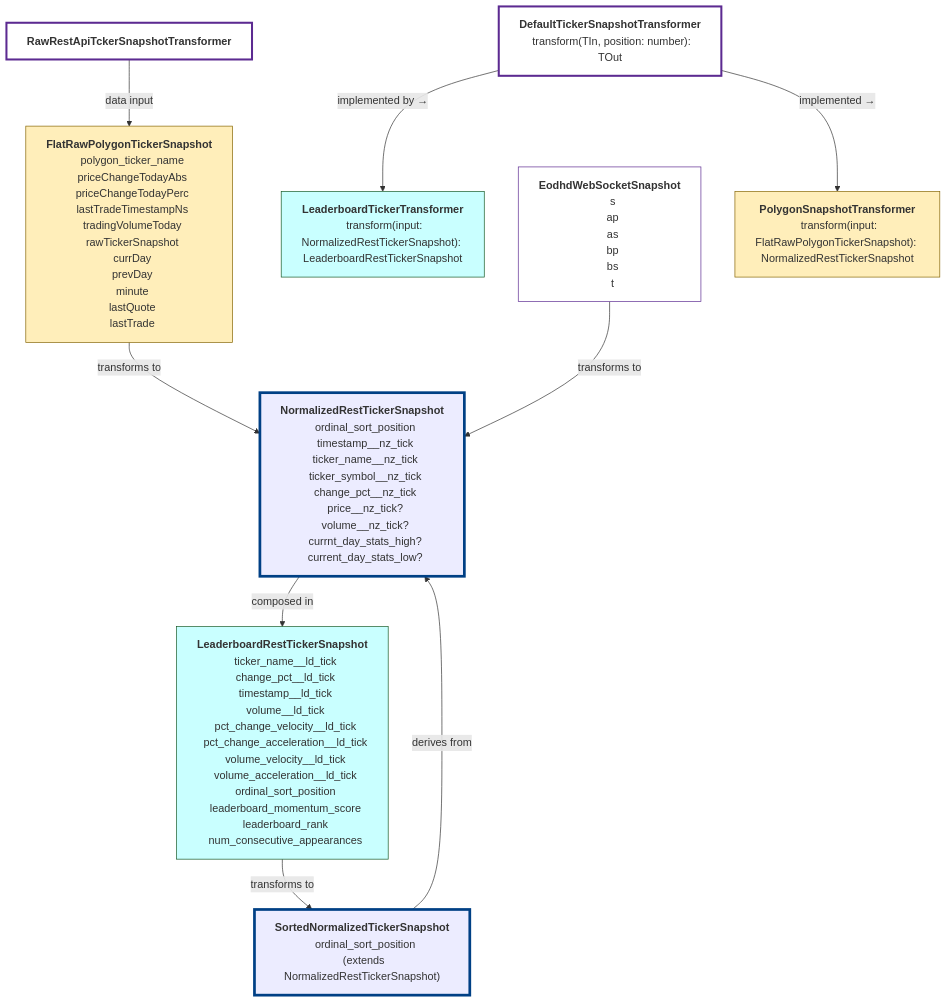
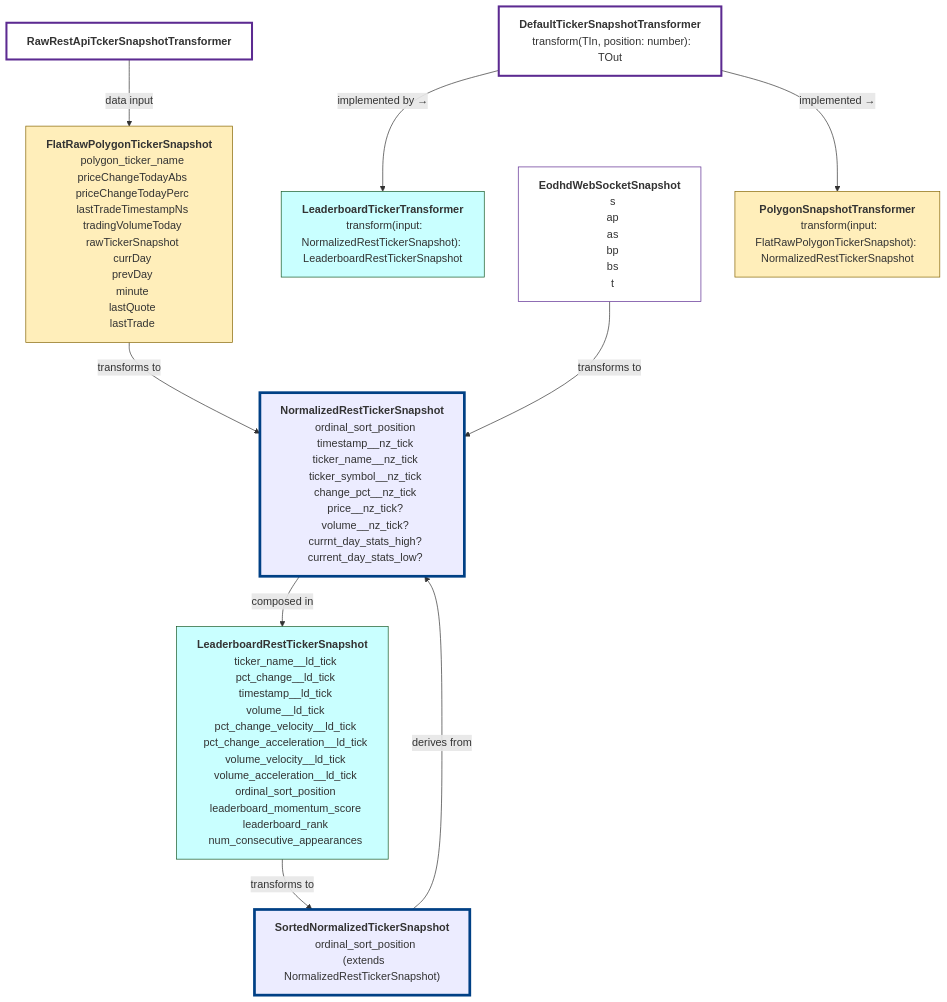
One commit to monolithgoon/momentum-trend-notification-bot changed the diagram in src/docs/diagrams/rest-ticker-model.graph.mmd. Above: the diagram before and after it, drawn with Mermaid. The commit also changed 104 other files, not shown here.

```diff
--- a/src/docs/diagrams/rest-ticker-model.graph.mmd
+++ b/src/docs/diagrams/rest-ticker-model.graph.mmd
@@ -1,83 +1,83 @@
 %%{ init: { "theme": "default" } }%%
 graph TD
 
   %% 📘 Normalized domain
   NormalizedRestTickerSnapshot["<b>NormalizedRestTickerSnapshot</b>
   ordinal_sort_position
   timestamp__nz_tick
   ticker_name__nz_tick
   ticker_symbol__nz_tick
   change_pct__nz_tick
   price__nz_tick?
   volume__nz_tick?
   currnt_day_stats_high?
   current_day_stats_low?"]:::normalized
 
 SortedNormalizedTickerSnapshot["<b>SortedNormalizedTickerSnapshot</b>
   ordinal_sort_position
   (extends NormalizedRestTickerSnapshot)"]:::normalized
 
   EodhdWebSocketSnapshot["<b>EodhdWebSocketSnapshot</b>
   s
   ap
   as
   bp
   bs
   t"]:::eodhd
 
   %% 📗 Leaderboard domain
   LeaderboardRestTickerSnapshot["<b>LeaderboardRestTickerSnapshot</b>
   ticker_name__ld_tick
-  change_pct__ld_tick
+  pct_change__ld_tick
   timestamp__ld_tick
   volume__ld_tick
   pct_change_velocity__ld_tick
   pct_change_acceleration__ld_tick
   volume_velocity__ld_tick
   volume_acceleration__ld_tick
   ordinal_sort_position
   leaderboard_momentum_score
   leaderboard_rank
   num_consecutive_appearances"]:::leaderboard
 
   LeaderboardTickerTransformer["<b>LeaderboardTickerTransformer</b>
   transform(input: NormalizedRestTickerSnapshot): LeaderboardRestTickerSnapshot"]:::leaderboard
 
   %% 🟠 Polygon domain
   FlatRawPolygonTickerSnapshot["<b>FlatRawPolygonTickerSnapshot</b>
   polygon_ticker_name
   priceChangeTodayAbs
   priceChangeTodayPerc
   lastTradeTimestampNs
   tradingVolumeToday
   rawTickerSnapshot
   currDay
   prevDay
   minute
   lastQuote
   lastTrade"]:::polygon
 
   PolygonSnapshotTransformer["<b>PolygonSnapshotTransformer</b>
   transform(input: FlatRawPolygonTickerSnapshot): NormalizedRestTickerSnapshot"]:::polygon
 
   %% 🟣 Raw / Transformer
   RawRestApiTckerSnapshotTransformer["<b>RawRestApiTckerSnapshotTransformer</b>"]:::raw
   DefaultTickerSnapshotTransformer["<b>DefaultTickerSnapshotTransformer</b>
   transform(TIn, position: number): TOut"]:::raw
 
   %% 🔀 Updated Relationship Annotations
   FlatRawPolygonTickerSnapshot -- "transforms to" --> NormalizedRestTickerSnapshot
   EodhdWebSocketSnapshot -- "transforms to" --> NormalizedRestTickerSnapshot
   SortedNormalizedTickerSnapshot -- "derives from" --> NormalizedRestTickerSnapshot
   NormalizedRestTickerSnapshot -- "composed in" --> LeaderboardRestTickerSnapshot
   LeaderboardRestTickerSnapshot -- "transforms to" --> SortedNormalizedTickerSnapshot
   DefaultTickerSnapshotTransformer -- "implemented →" --> PolygonSnapshotTransformer
   DefaultTickerSnapshotTransformer -- "implemented by →" --> LeaderboardTickerTransformer
   RawRestApiTckerSnapshotTransformer -- "data input" --> FlatRawPolygonTickerSnapshot
 
   %% Styles
   classDef normalized fill:light-grey,stroke:#004085,stroke-width:4
   classDef leaderboard fill:#c9ffff,stroke:#155724;
   classDef polygon fill:#ffeeba,stroke:#856404;
   classDef raw fill:#fff,stroke:#5c2a91, stroke-width:3;
   classDef eodhd fill:#fff,stroke:#5c2a91;
```
